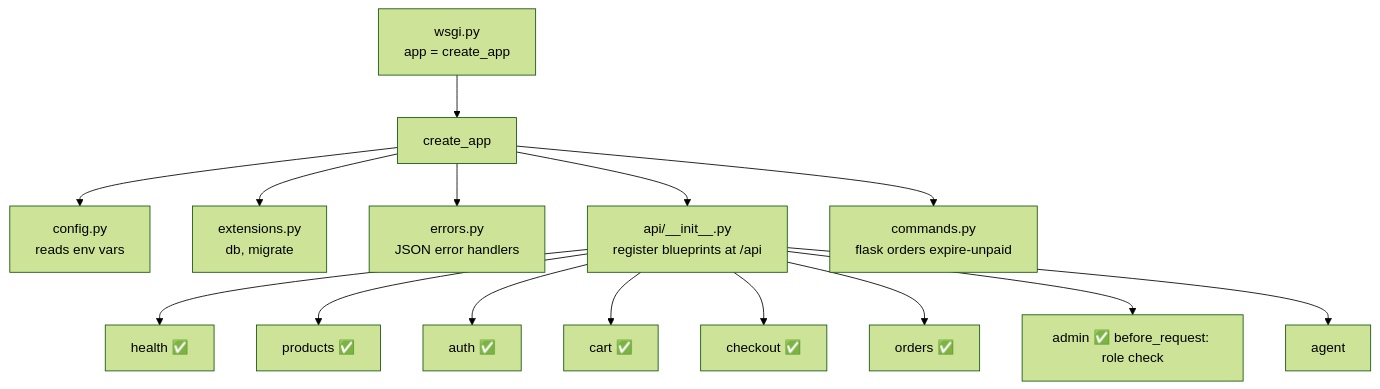
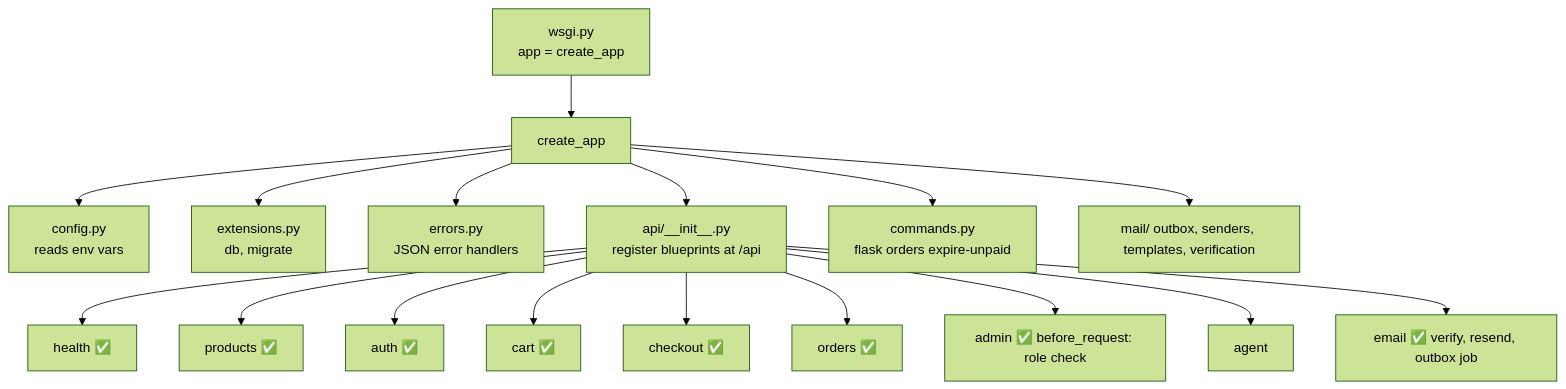
Before and after one commit to abdullahrasheed102/kora-store: the fourth of 11 diagrams in docs/ARCHITECTURE.md, drawn with Mermaid (forest theme). The commit also changed other lines of this file and 72 other files, not shown here.

First line of the commit message:
Phase 8A: email notifications through a transactional outbox

````diff
--- a/docs/ARCHITECTURE.md
+++ b/docs/ARCHITECTURE.md
@@ -107,17 +113,19 @@
 ```mermaid
 flowchart TB
     W[wsgi.py<br/>app = create_app] --> C[create_app]
     C --> CFG[config.py<br/>reads env vars]
     C --> EXT[extensions.py<br/>db, migrate]
     C --> ERR[errors.py<br/>JSON error handlers]
     C --> BP[api/__init__.py<br/>register blueprints at /api]
     BP --> H[health ✅]
     BP --> P[products ✅]
     BP --> AU[auth ✅]
     BP --> CA[cart ✅]
     BP --> CH[checkout ✅]
     BP --> O[orders ✅]
     C --> CMD[commands.py<br/>flask orders expire-unpaid]
     BP --> AD[admin ✅ before_request: role check]
     BP --> AG[agent]
+    BP --> EM[email ✅ verify, resend, outbox job]
+    C --> MAIL[mail/ outbox, senders, templates, verification]
 ```
````
